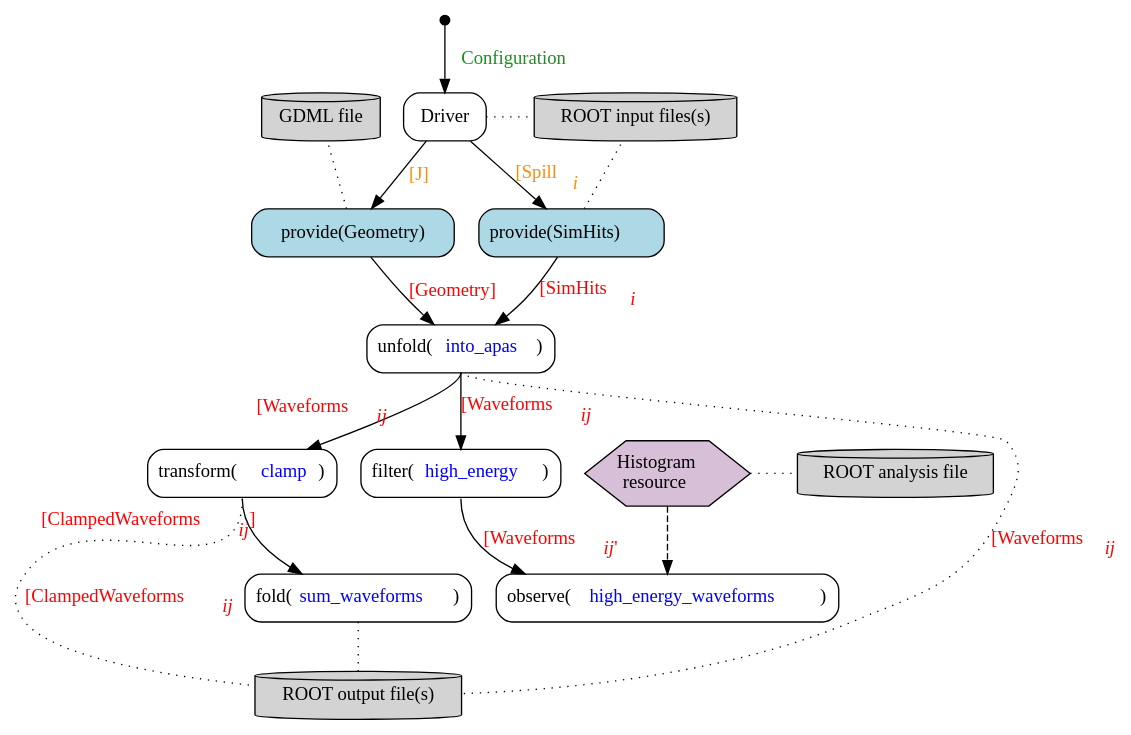
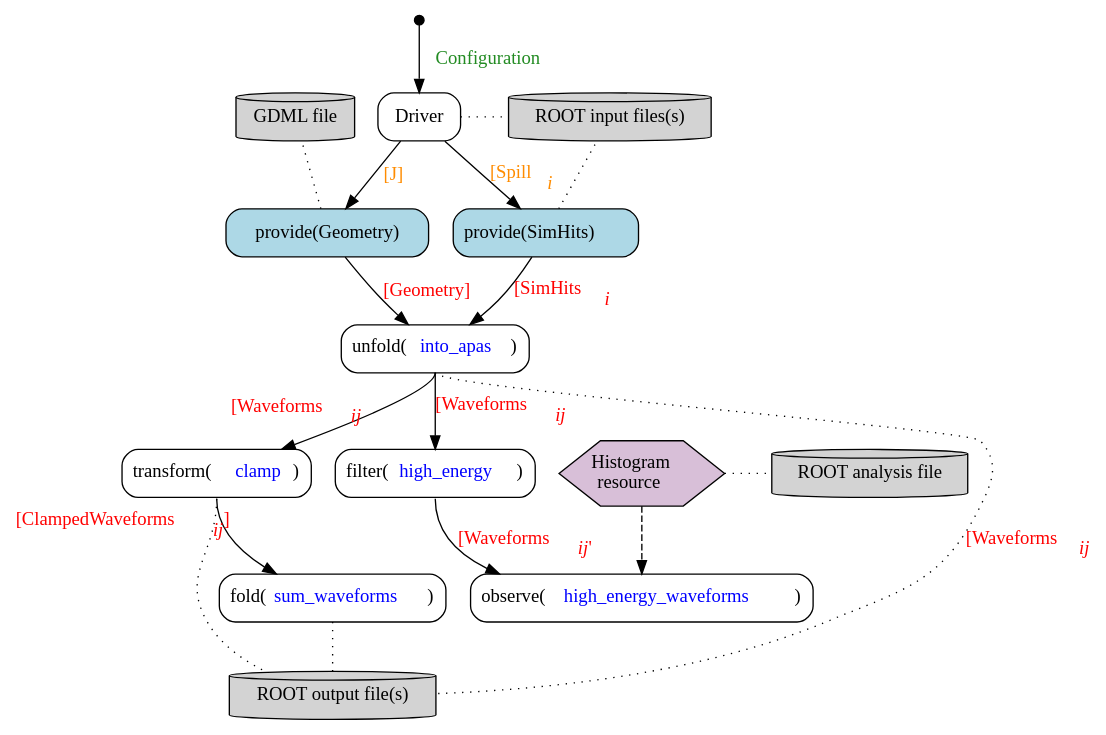
Before and after one commit to Framework-R-D/phlex-design: the diagram in doc/graphviz/work-flow.gv, drawn with Graphviz. The commit also changed 3 other files, not shown here.

```diff
--- a/doc/graphviz/work-flow.gv
+++ b/doc/graphviz/work-flow.gv
@@ -1,65 +1,65 @@
 digraph {
   node [shape="box", style="rounded"]
   edge [fontcolor="red"];
 
   start [shape="point", width=0.1]
   unfold [label=<unfold(<font color="blue">into_apas</font>)>]
   transform [label=<transform(<font color="blue">clamp</font>)>]
   fold [label=<fold(<font color="blue">sum_waveforms</font>)>]
   filter [label=<filter(<font color="blue">high_energy</font>)>];
   observer [label=<observe(<font color="blue">high_energy_waveforms</font>)>];
   out [label="ROOT output file(s)", shape="cylinder", style="filled", fillcolor="lightgray"]
 
   {
     rank=same;
     resource [label=<Histogram<br/> resource>,
               shape=hexagon,
               style=filled,
               fillcolor=thistle,
               margin=0];
     root [label="ROOT analysis file", style=filled, shape=cylinder];
   }
 
   start -> driver [label=" Configuration", fontcolor="forestgreen"];
 
   {
     rank=same;
     gdml [label="GDML file", shape="cylinder", style="filled", fillcolor="lightgray"]
     driver [label="Driver"];
     input [label="ROOT input files(s)", shape="cylinder", style="filled", fillcolor="lightgray"];
   }
 
   driver -> input [style="dotted", arrowhead=none];
 
   {
     rank=same;
     geometry [label="provide(Geometry)", style="filled,rounded", fillcolor="lightblue"];
     sim_hits_provider [label=<provide(SimHits)>, style="filled,rounded" fillcolor="lightblue"];
   }
 
   driver -> geometry [label=" [J]", fontcolor="darkorange"];
   driver -> sim_hits_provider [label=< [Spill<sub><i>i</i></sub>]>, fontcolor="darkorange"];
 
   geometry -> gdml [style="dotted", arrowhead=none];
   resource -> root [style="dotted", arrowhead=none];
 
   sim_hits_provider -> input [style="dotted", arrowhead=none];
   sim_hits_provider -> unfold [label=< [SimHits<sub><i>i</i></sub>]>];
   geometry -> unfold [label=< [Geometry]>];
 
   unfold:s -> transform [xlabel=< [Waveforms<sub><i>ij</i></sub>]>];
   transform:s -> fold [taillabel=<[ClampedWaveforms<sub><i>ij</i></sub>] >,
                        labelangle=-80,
                        labeldistance=7
                       ];
 
   unfold:s -> out [style="dotted", arrowhead=none, label=<[Waveforms<sub><i>ij</i></sub>]>];
-  transform:s -> out [style="dotted", arrowhead=none, label=<[ClampedWaveforms<sub><i>ij</i></sub>]>];
+  transform:s -> out [style="dotted", arrowhead=none];
 
 
   unfold:s -> filter [label=< [Waveforms<sub><i>ij</i></sub>]>];
   filter:s -> observer [label=< [Waveforms<sub><i>ij</i> '</sub>]>];
   resource -> observer [style="dashed"];
 
   fold:s -> out [style="dotted", arrowhead=none];
 }
```
